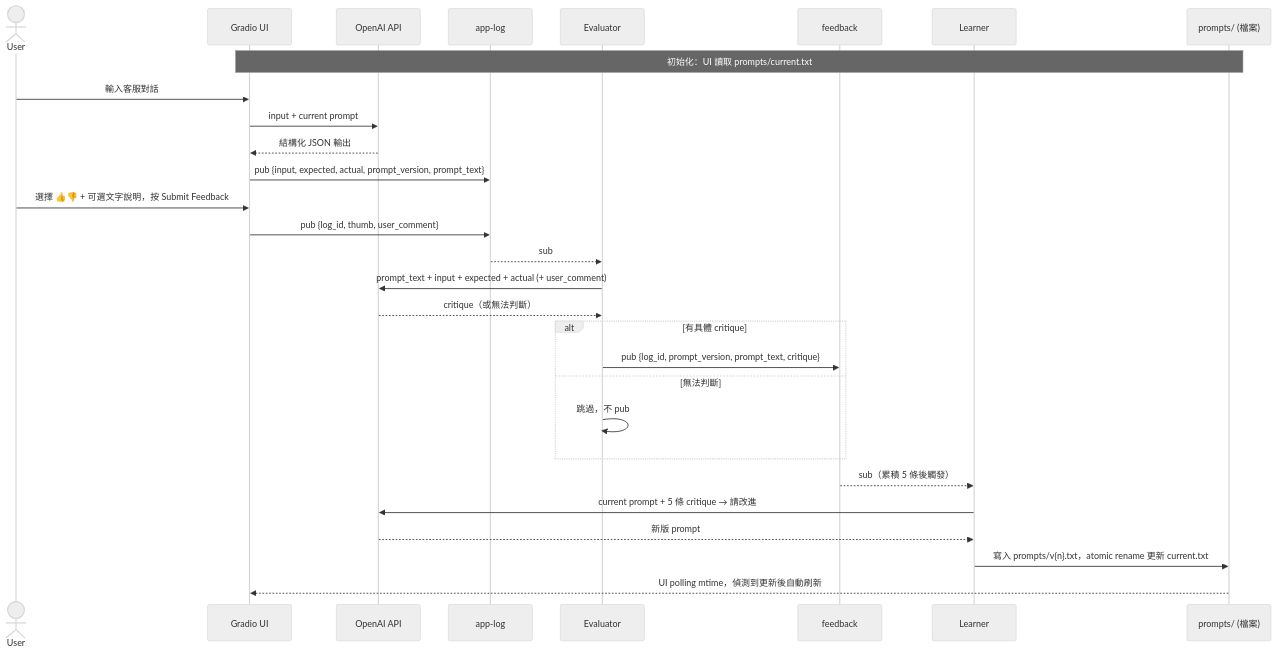
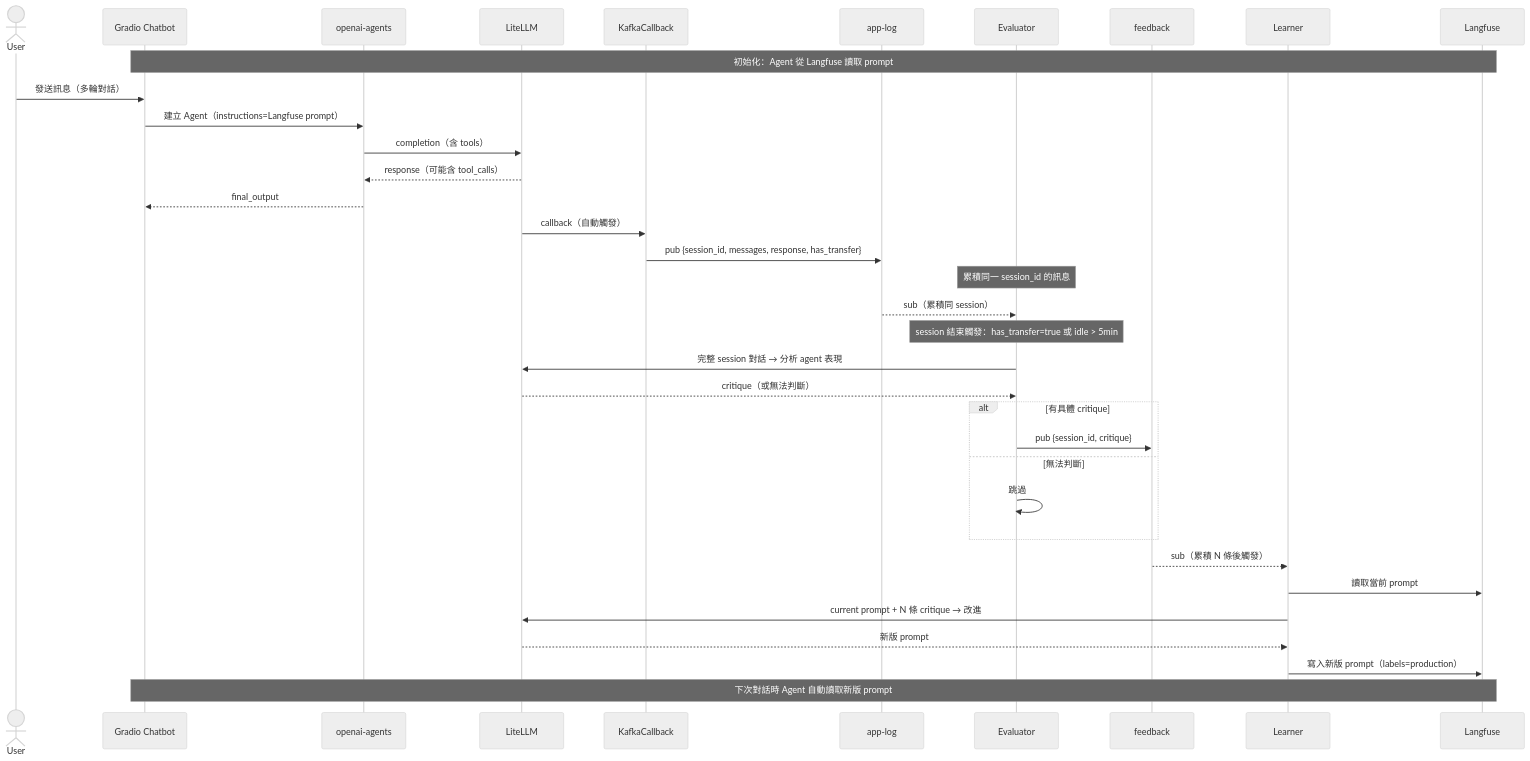
The third of 3 diagrams in docs/plan.md (zhowzeng/flywheel), drawn with Mermaid (neutral theme) before and after one commit. The commit also changed other lines of this file and 14 other files, not shown here.

````diff
--- a/docs/plan.md
+++ b/docs/plan.md
@@ -47,37 +93,44 @@
 ```mermaid
 sequenceDiagram
     actor User
-    participant UI as Gradio UI
-    participant OAI as OpenAI API
+    participant UI as Gradio Chatbot
+    participant Agent as openai-agents
+    participant LLM as LiteLLM
+    participant CB as KafkaCallback
     participant AL as app-log
     participant EV as Evaluator
     participant FB as feedback
     participant LR as Learner
-    participant PS as prompts/ (檔案)
+    participant LF as Langfuse
 
-    Note over UI,PS: 初始化：UI 讀取 prompts/current.txt
+    Note over UI,LF: 初始化：Agent 從 Langfuse 讀取 prompt
 
-    User->>UI: 輸入客服對話
-    UI->>OAI: input + current prompt
-    OAI-->>UI: 結構化 JSON 輸出
-    UI->>AL: pub {input, expected, actual, prompt_version, prompt_text}
+    User->>UI: 發送訊息（多輪對話）
+    UI->>Agent: 建立 Agent（instructions=Langfuse prompt）
+    Agent->>LLM: completion（含 tools）
+    LLM-->>Agent: response（可能含 tool_calls）
+    Agent-->>UI: final_output
+    LLM->>CB: callback（自動觸發）
+    CB->>AL: pub {session_id, messages, response, has_transfer}
 
-    User->>UI: 選擇 👍👎 + 可選文字說明，按 Submit Feedback
-    UI->>AL: pub {log_id, thumb, user_comment}
+    Note over EV: 累積同一 session_id 的訊息
 
-    AL-->>EV: sub
-    EV->>OAI: prompt_text + input + expected + actual (+ user_comment)
-    OAI-->>EV: critique（或無法判斷）
+    AL-->>EV: sub（累積同 session）
+    Note over EV: session 結束觸發：has_transfer=true 或 idle > 5min
+
+    EV->>LLM: 完整 session 對話 → 分析 agent 表現
+    LLM-->>EV: critique（或無法判斷）
     alt 有具體 critique
-        EV->>FB: pub {log_id, prompt_version, prompt_text, critique}
+        EV->>FB: pub {session_id, critique}
     else 無法判斷
-        EV->>EV: 跳過，不 pub
+        EV->>EV: 跳過
     end
 
-    FB-->>LR: sub（累積 5 條後觸發）
-    LR->>OAI: current prompt + 5 條 critique → 請改進
-    OAI-->>LR: 新版 prompt
-    LR->>PS: 寫入 prompts/v{n}.txt，atomic rename 更新 current.txt
+    FB-->>LR: sub（累積 N 條後觸發）
+    LR->>LF: 讀取當前 prompt
+    LR->>LLM: current prompt + N 條 critique → 改進
+    LLM-->>LR: 新版 prompt
+    LR->>LF: 寫入新版 prompt（labels=production）
 
-    PS-->>UI: UI polling mtime，偵測到更新後自動刷新
+    Note over UI,LF: 下次對話時 Agent 自動讀取新版 prompt
 ```
````
